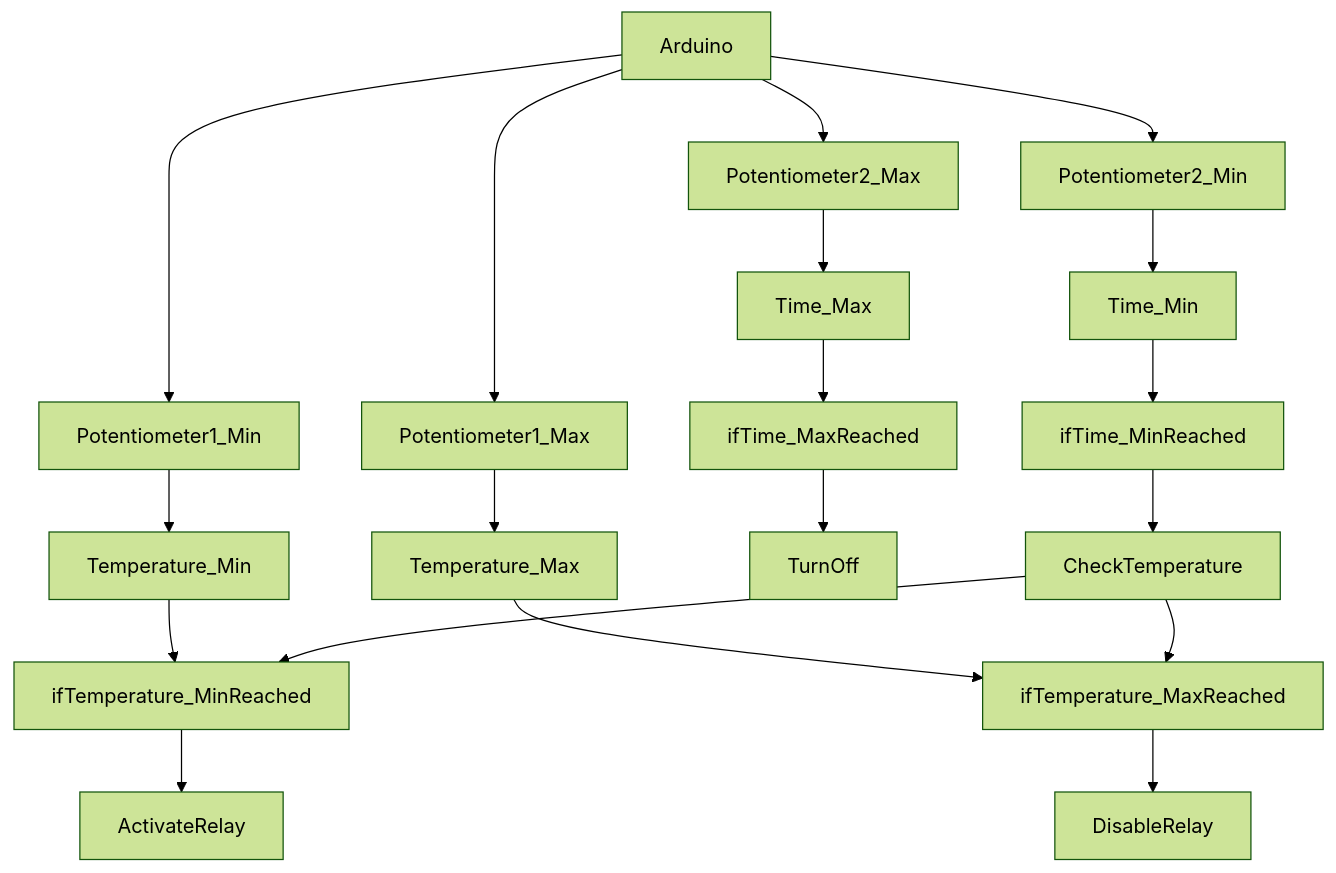
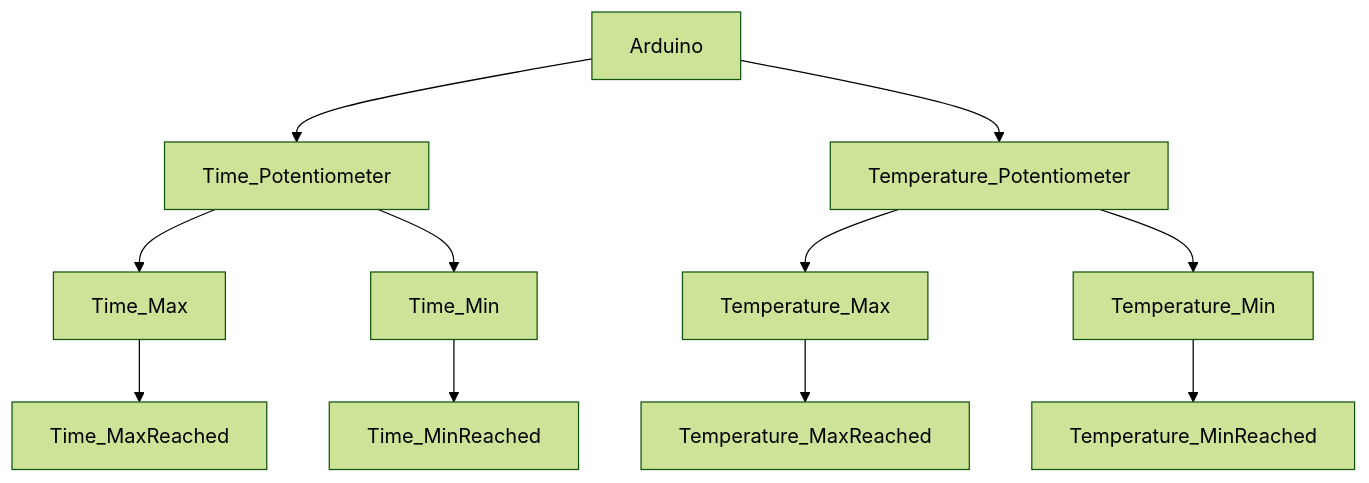
The diagram in README.md (arduino-core/Outdoor-Relay-Control), drawn with Mermaid (forest theme) before and after one commit.

````diff
--- a/README.md
+++ b/README.md
@@ -36,21 +36,13 @@
 ```mermaid
 graph TD;
-    Arduino-->Potentiometer1_Min;
-    Arduino-->Potentiometer2_Min;
-    Arduino-->Potentiometer1_Max;
-    Arduino-->Potentiometer2_Max;
-    Potentiometer1_Min-->Temperature_Min;
-    Potentiometer2_Min-->Time_Min;
-    Potentiometer1_Max-->Temperature_Max;
-    Potentiometer2_Max-->Time_Max;
-    Time_Max-->ifTime_MaxReached;
-    Time_Min-->ifTime_MinReached;
-    Temperature_Max-->ifTemperature_MaxReached;
-    Temperature_Min-->ifTemperature_MinReached;
-    ifTime_MaxReached-->TurnOff;
-    ifTime_MinReached-->CheckTemperature;
-    CheckTemperature-->ifTemperature_MaxReached;
-    CheckTemperature-->ifTemperature_MinReached;
-    ifTemperature_MinReached-->ActivateRelay;
-    ifTemperature_MaxReached-->DisableRelay;
+    Arduino-->Time_Potentiometer;
+    Arduino-->Temperature_Potentiometer;
+    Time_Potentiometer-->Time_Max;
+    Time_Potentiometer-->Time_Min;
+    Temperature_Potentiometer-->Temperature_Max;
+    Temperature_Potentiometer-->Temperature_Min;
+    Time_Max-->Time_MaxReached;
+    Time_Min-->Time_MinReached;
+    Temperature_Max-->Temperature_MaxReached;
+    Temperature_Min-->Temperature_MinReached;
 ```
````
